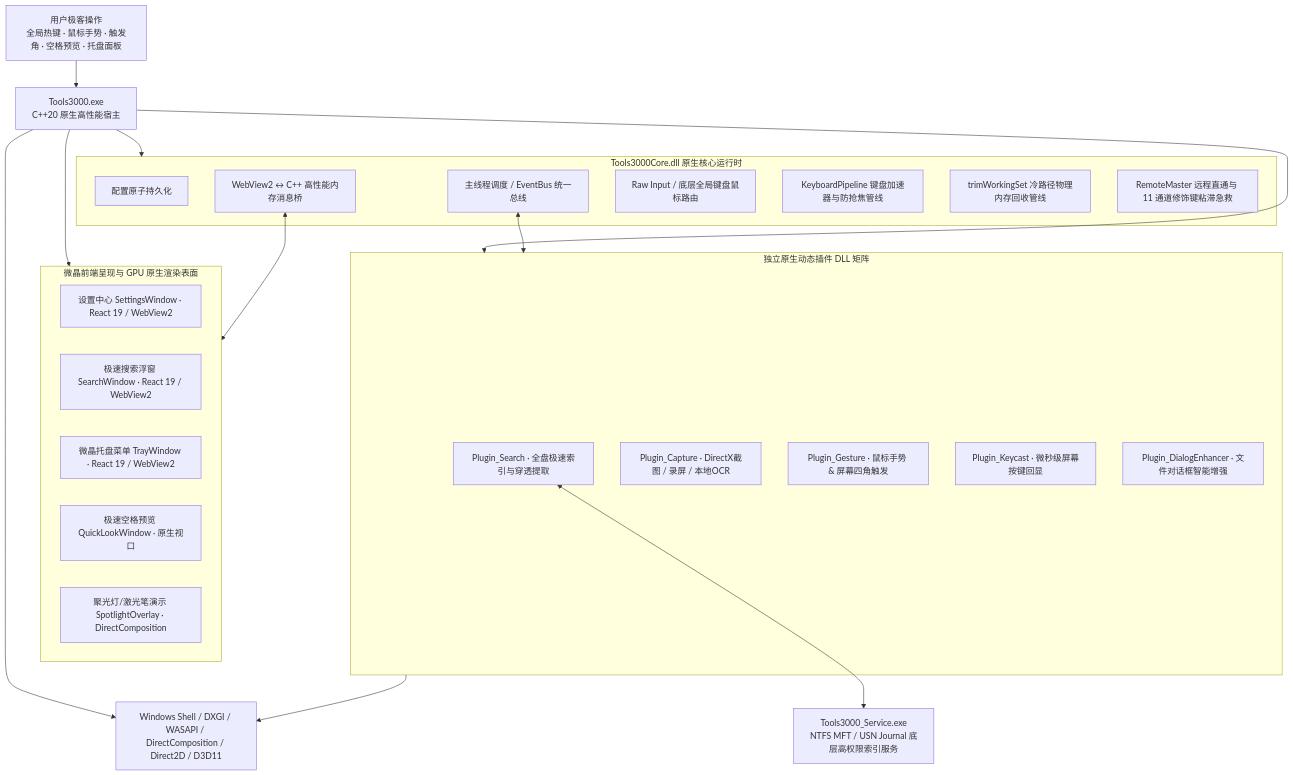
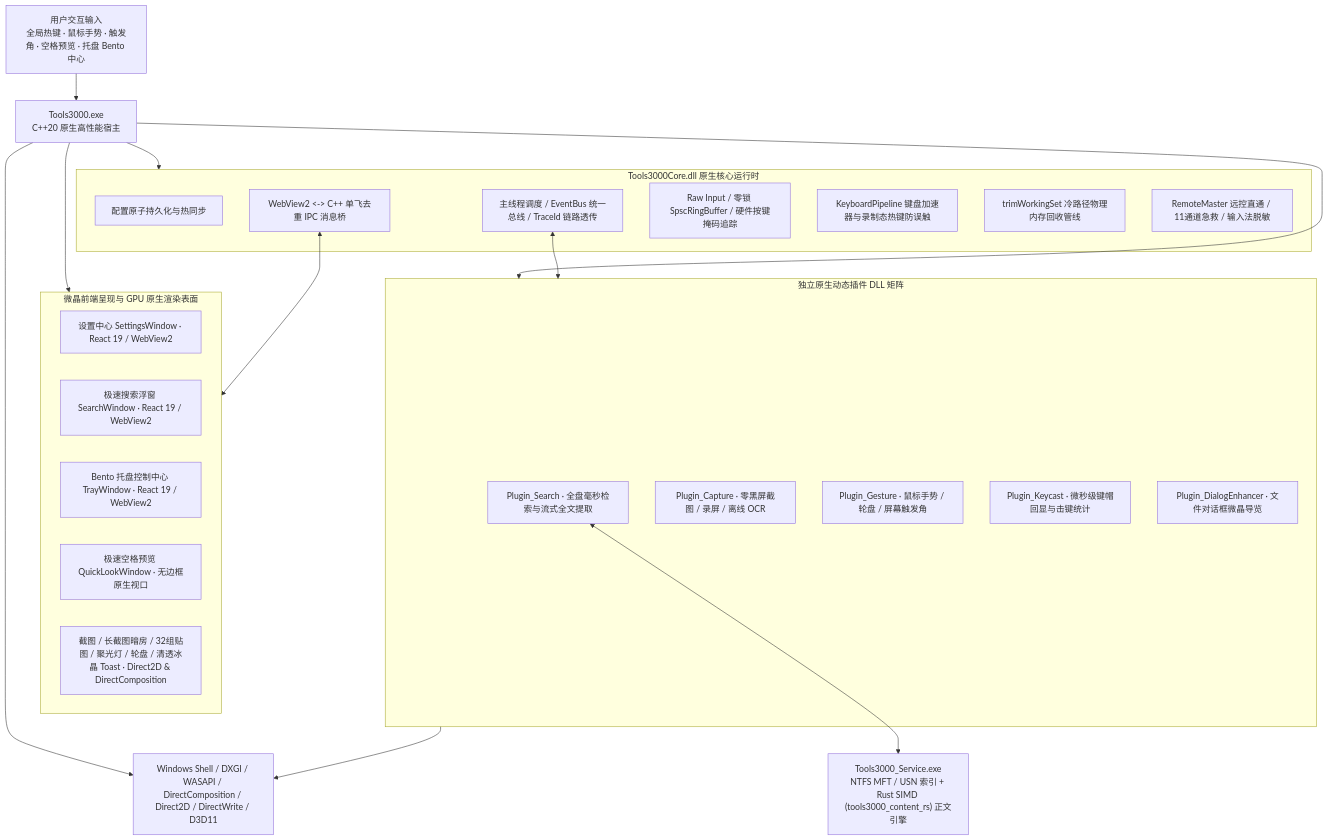
The diagram in README.md (yuan278501381/Tools3000), drawn with Mermaid before and after one commit. The commit also changed other lines of this file and 25 other files, not shown here.

First line of the commit message:
完成搜索引擎深度优化、原生真实文件图标提取及 v1.0.0 正式版双语文档定稿

````diff
--- a/README.md
+++ b/README.md
@@ -191,39 +187,39 @@
 ```mermaid
 flowchart TB
-    User[用户极客操作<br/>全局热键 · 鼠标手势 · 触发角 · 空格预览 · 托盘面板] --> Host[Tools3000.exe<br/>C++20 原生高性能宿主]
+    User["用户交互输入<br/>全局热键 · 鼠标手势 · 触发角 · 空格预览 · 托盘 Bento 中心"] --> Host["Tools3000.exe<br/>C++20 原生高性能宿主"]
 
-    subgraph Core[Tools3000Core.dll 原生核心运行时]
-        Config[配置原子持久化]
-        Dispatch[主线程调度 / EventBus 统一总线]
-        Bridge[WebView2 ↔ C++ 高性能内存消息桥]
-        Input[Raw Input / 底层全局键盘鼠标路由]
-        Pipeline[KeyboardPipeline 键盘加速器与防抢焦管线]
-        Trim[trimWorkingSet 冷路径物理内存回收管线]
-        Remote[RemoteMaster 远程直通与 11 通道修饰键粘滞急救]
+    subgraph Core["Tools3000Core.dll 原生核心运行时"]
+        Config["配置原子持久化与热同步"]
+        Dispatch["主线程调度 / EventBus 统一总线 / TraceId 链路透传"]
+        Bridge["WebView2 <-> C++ 单飞去重 IPC 消息桥"]
+        Input["Raw Input / 零锁 SpscRingBuffer / 硬件按键掩码追踪"]
+        Pipeline["KeyboardPipeline 键盘加速器与录制态热键防误触"]
+        Trim["trimWorkingSet 冷路径物理内存回收管线"]
+        Remote["RemoteMaster 远控直通 / 11通道急救 / 输入法脱敏"]
     end
 
-    subgraph UI[微晶前端呈现与 GPU 原生渲染表面]
-        Settings[设置中心 SettingsWindow · React 19 / WebView2]
-        SearchUI[极速搜索浮窗 SearchWindow · React 19 / WebView2]
-        Tray[微晶托盘菜单 TrayWindow · React 19 / WebView2]
-        QuickLook[极速空格预览 QuickLookWindow · 原生视口]
-        Spotlight[聚光灯/激光笔演示 SpotlightOverlay · DirectComposition]
+    subgraph UI["微晶前端呈现与 GPU 原生渲染表面"]
+        Settings["设置中心 SettingsWindow · React 19 / WebView2"]
+        SearchUI["极速搜索浮窗 SearchWindow · React 19 / WebView2"]
+        Tray["Bento 托盘控制中心 TrayWindow · React 19 / WebView2"]
+        QuickLook["极速空格预览 QuickLookWindow · 无边框原生视口"]
+        Overlays["截图 / 长截图暗房 / 32组贴图 / 聚光灯 / 轮盘 / 清透冰晶 Toast · Direct2D & DirectComposition"]
     end
 
-    subgraph Plugins[独立原生动态插件 DLL 矩阵]
-        Search[Plugin_Search · 全盘极速索引与穿透提取]
-        Capture[Plugin_Capture · DirectX截图 / 录屏 / 本地OCR]
-        Gesture[Plugin_Gesture · 鼠标手势 & 屏幕四角触发]
-        Keycast[Plugin_Keycast · 微秒级屏幕按键回显]
-        Dialog[Plugin_DialogEnhancer · 文件对话框智能增强]
+    subgraph Plugins["独立原生动态插件 DLL 矩阵"]
+        Search["Plugin_Search · 全盘毫秒检索与流式全文提取"]
+        Capture["Plugin_Capture · 零黑屏截图 / 录屏 / 离线 OCR"]
+        Gesture["Plugin_Gesture · 鼠标手势 / 轮盘 / 屏幕触发角"]
+        Keycast["Plugin_Keycast · 微秒级键帽回显与击键统计"]
+        Dialog["Plugin_DialogEnhancer · 文件对话框微晶导览"]
     end
 
     Host --> Core
     Host --> UI
     Host --> Plugins
     Bridge <--> UI
     Dispatch <--> Plugins
-    Search <--> Service[Tools3000_Service.exe<br/>NTFS MFT / USN Journal 底层高权限索引服务]
-    Host --> WinAPI[Windows Shell / DXGI / WASAPI / DirectComposition / Direct2D / D3D11]
+    Search <--> Service["Tools3000_Service.exe<br/>NTFS MFT / USN 索引 + Rust SIMD (tools3000_content_rs) 正文引擎"]
+    Host --> WinAPI["Windows Shell / DXGI / WASAPI / DirectComposition / Direct2D / DirectWrite / D3D11"]
     Plugins --> WinAPI
 ```
````
